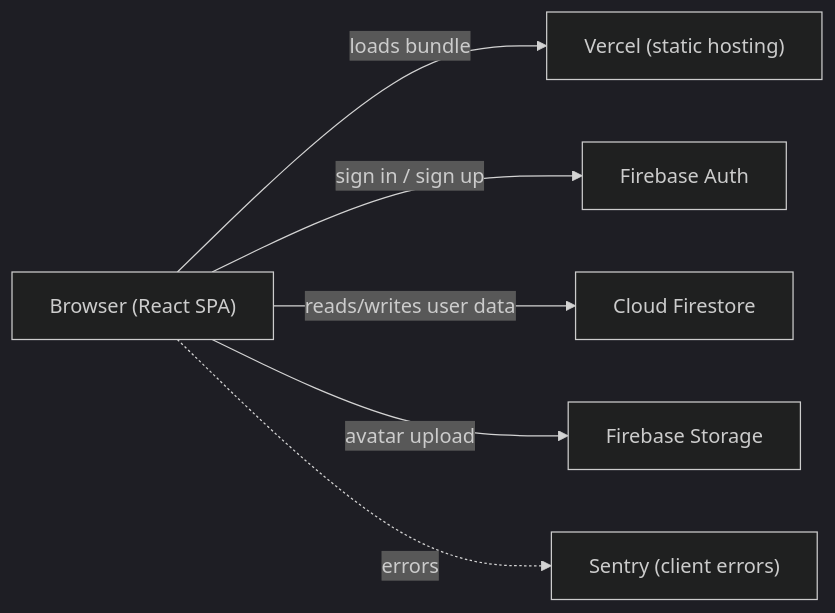
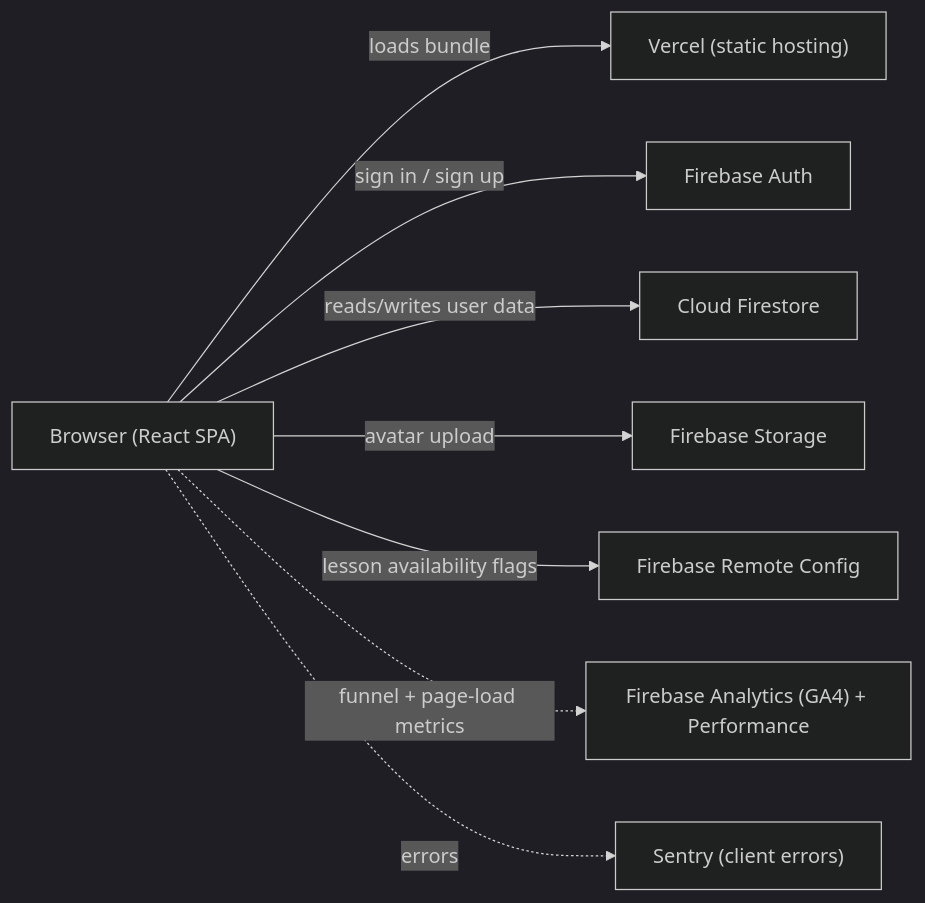
Before and after one commit to caiiris/probability-pirates: the diagram in docs/architecture.md, drawn with Mermaid (dark theme). The commit also changed other lines of this file and 202 other files, not shown here.

````diff
--- a/docs/architecture.md
+++ b/docs/architecture.md
@@ -9,15 +9,19 @@
 ```mermaid
 flowchart LR
     Browser["Browser (React SPA)"]
     Vercel["Vercel (static hosting)"]
     Auth["Firebase Auth"]
     Firestore["Cloud Firestore"]
     Storage["Firebase Storage"]
+    RemoteConfig["Firebase Remote Config"]
+    Analytics["Firebase Analytics (GA4) + Performance"]
     Sentry["Sentry (client errors)"]
 
     Browser -->|loads bundle| Vercel
     Browser -->|sign in / sign up| Auth
     Browser -->|reads/writes user data| Firestore
     Browser -->|avatar upload| Storage
+    Browser -->|lesson availability flags| RemoteConfig
+    Browser -.->|funnel + page-load metrics| Analytics
     Browser -.->|errors| Sentry
 ```
````
